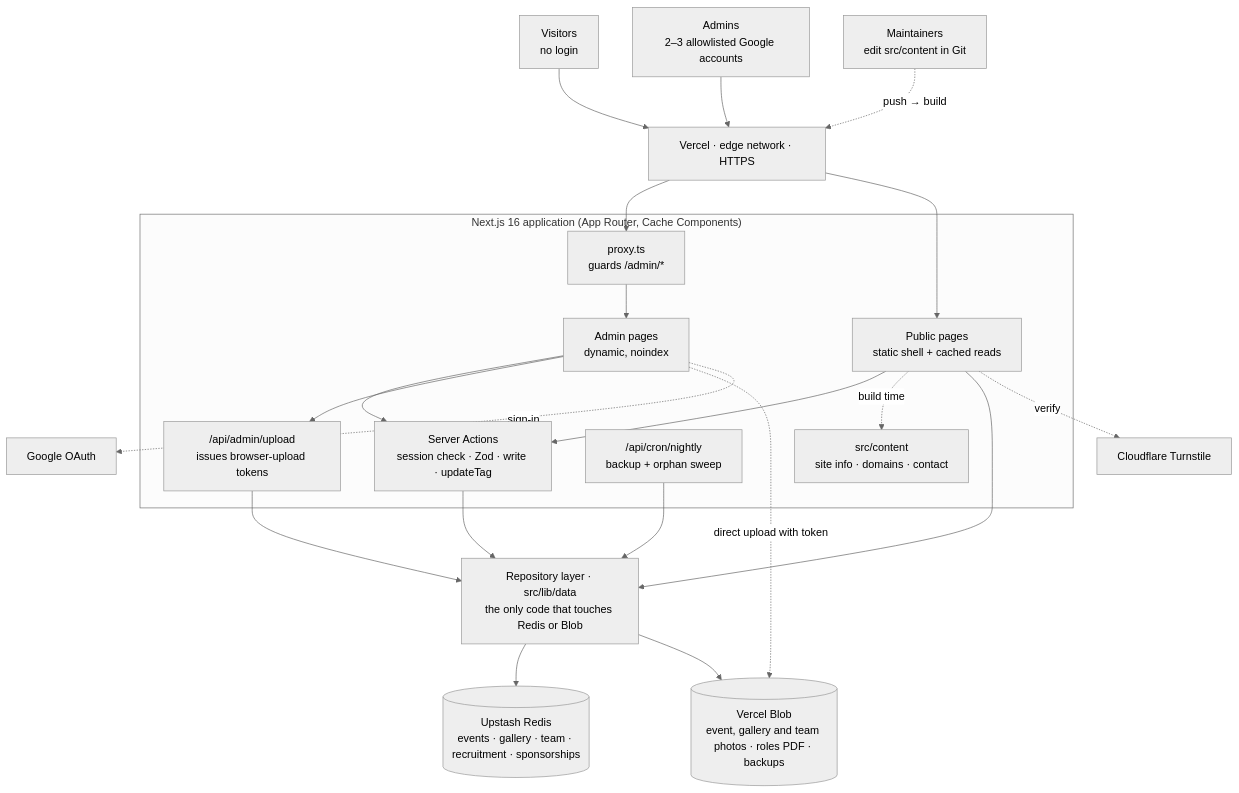
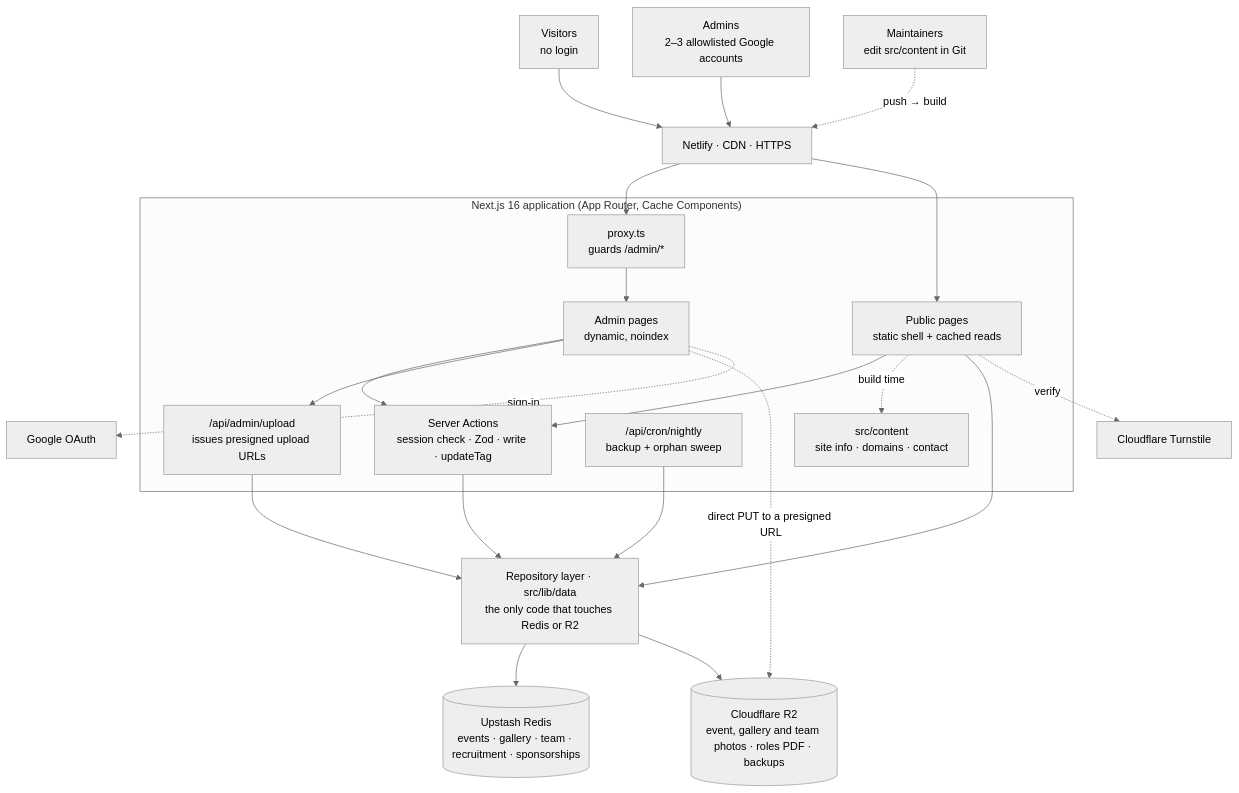
The first of 5 diagrams in docs/ARCHITECTURE.md (THEProgrammingGod69/SIG_Reality_Spectra-ARVR-), drawn with Mermaid (neutral theme) before and after one commit. The commit also changed other lines of this file and 67 other files, not shown here.

First line of the commit message:
Stage 5: data layer, uploads, cache tags (Netlify + Upstash + R2)

````diff
--- a/docs/ARCHITECTURE.md
+++ b/docs/ARCHITECTURE.md
@@ -42,38 +42,38 @@
 ```mermaid
 flowchart TB
   V["Visitors<br/>no login"] --> EDGE
   A["Admins<br/>2–3 allowlisted Google accounts"] --> EDGE
   G["Maintainers<br/>edit src/content in Git"] -. push → build .-> EDGE
 
-  EDGE["Vercel · edge network · HTTPS"]
+  EDGE["Netlify · CDN · HTTPS"]
 
   subgraph APP["Next.js 16 application (App Router, Cache Components)"]
     PUB["Public pages<br/>static shell + cached reads"]
     ADM["Admin pages<br/>dynamic, noindex"]
     PROXY["proxy.ts<br/>guards /admin/*"]
     SA["Server Actions<br/>session check · Zod · write · updateTag"]
-    UP["/api/admin/upload<br/>issues browser-upload tokens"]
+    UP["/api/admin/upload<br/>issues presigned upload URLs"]
     CRON["/api/cron/nightly<br/>backup + orphan sweep"]
     CONTENT["src/content<br/>site info · domains · contact"]
   end
 
   EDGE --> PROXY --> ADM
   EDGE --> PUB
   ADM --> SA
   ADM --> UP
   PUB --> SA
   PUB -. build time .-> CONTENT
 
-  REPO["Repository layer · src/lib/data<br/>the only code that touches Redis or Blob"]
+  REPO["Repository layer · src/lib/data<br/>the only code that touches Redis or R2"]
   SA --> REPO
   PUB --> REPO
   UP --> REPO
   CRON --> REPO
 
   REPO --> REDIS[("Upstash Redis<br/>events · gallery · team · recruitment · sponsorships")]
-  REPO --> BLOB[("Vercel Blob<br/>event, gallery and team photos · roles PDF · backups")]
-  ADM -. direct upload with token .-> BLOB
+  REPO --> R2[("Cloudflare R2<br/>event, gallery and team photos · roles PDF · backups")]
+  ADM -. direct PUT to a presigned URL .-> R2
 
   PUB -. verify .-> TURN["Cloudflare Turnstile"]
   ADM -. sign-in .-> OAUTH["Google OAuth"]
 ```
````
